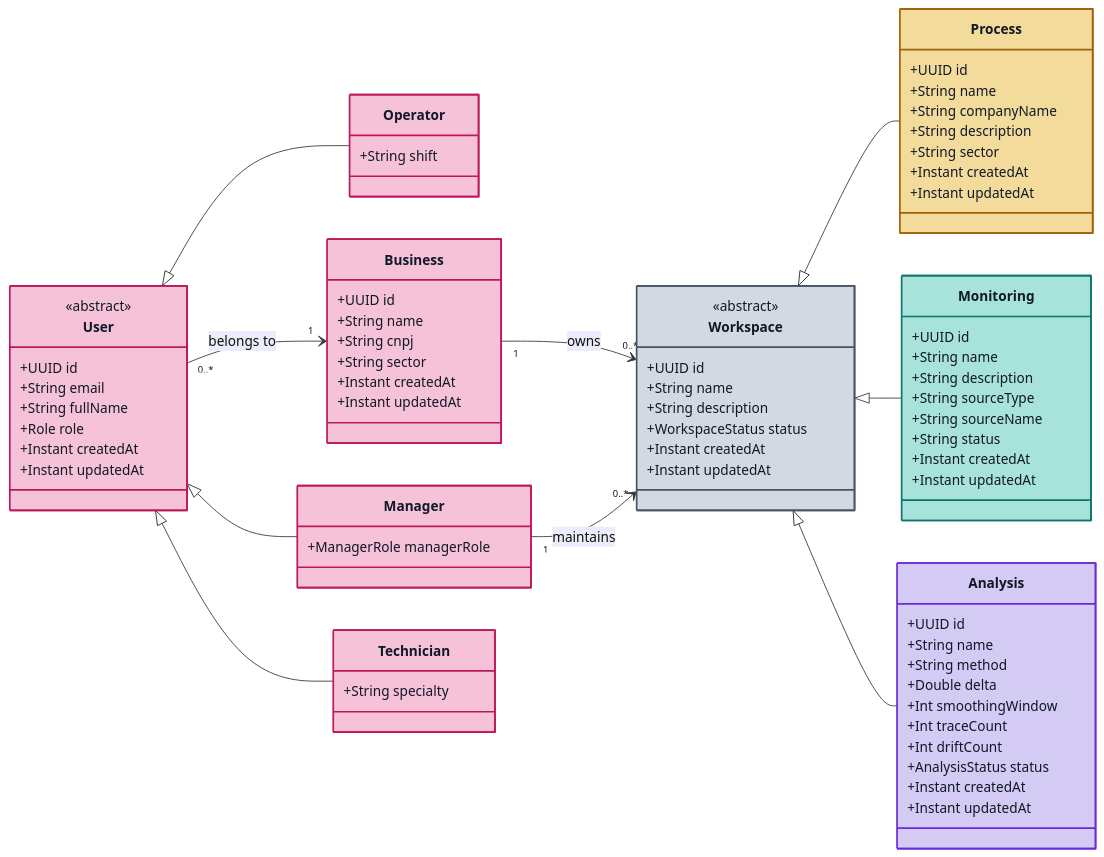
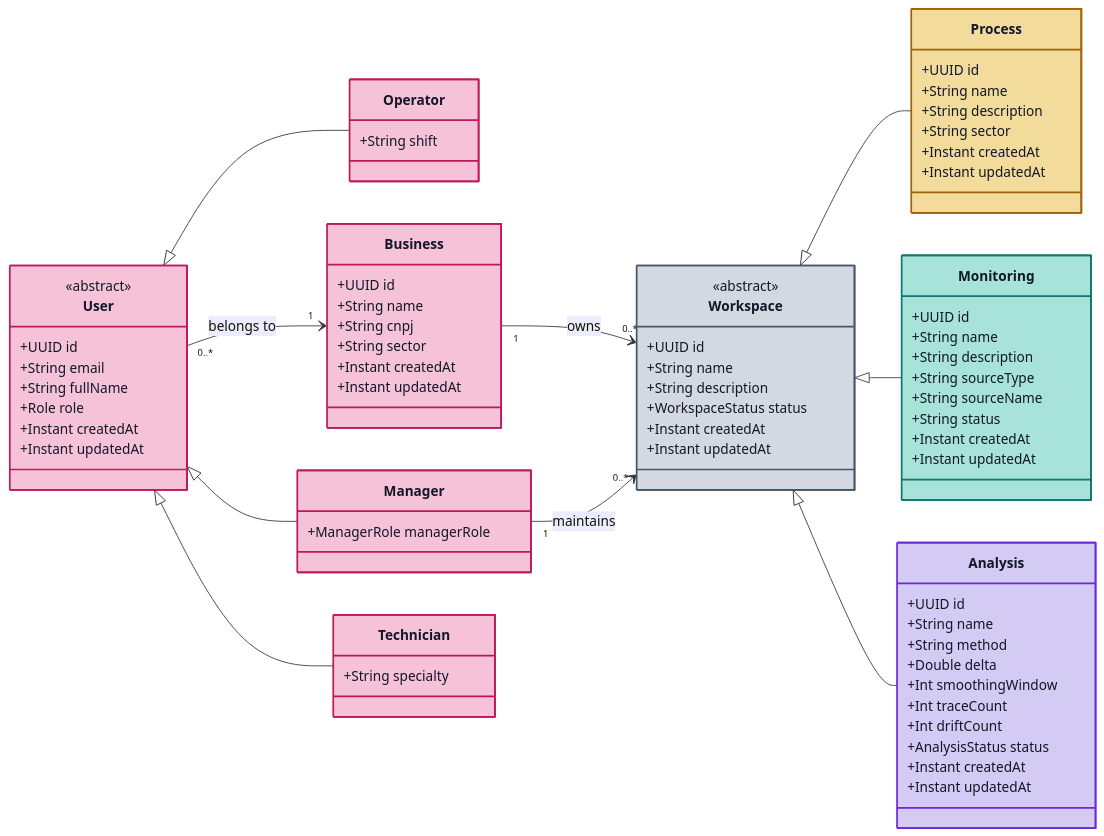
Before and after one commit to aland3r/deviante-docs: the fourth of 17 diagrams in architecture/arc42.md, drawn with Mermaid. The commit also changed other lines of this file, not shown here.

```diff
--- a/architecture/arc42.md
+++ b/architecture/arc42.md
@@ -444,7 +445,6 @@
     class Process {
       +UUID id
       +String name
-      +String companyName
       +String description
       +String sector
       +Instant createdAt
```
